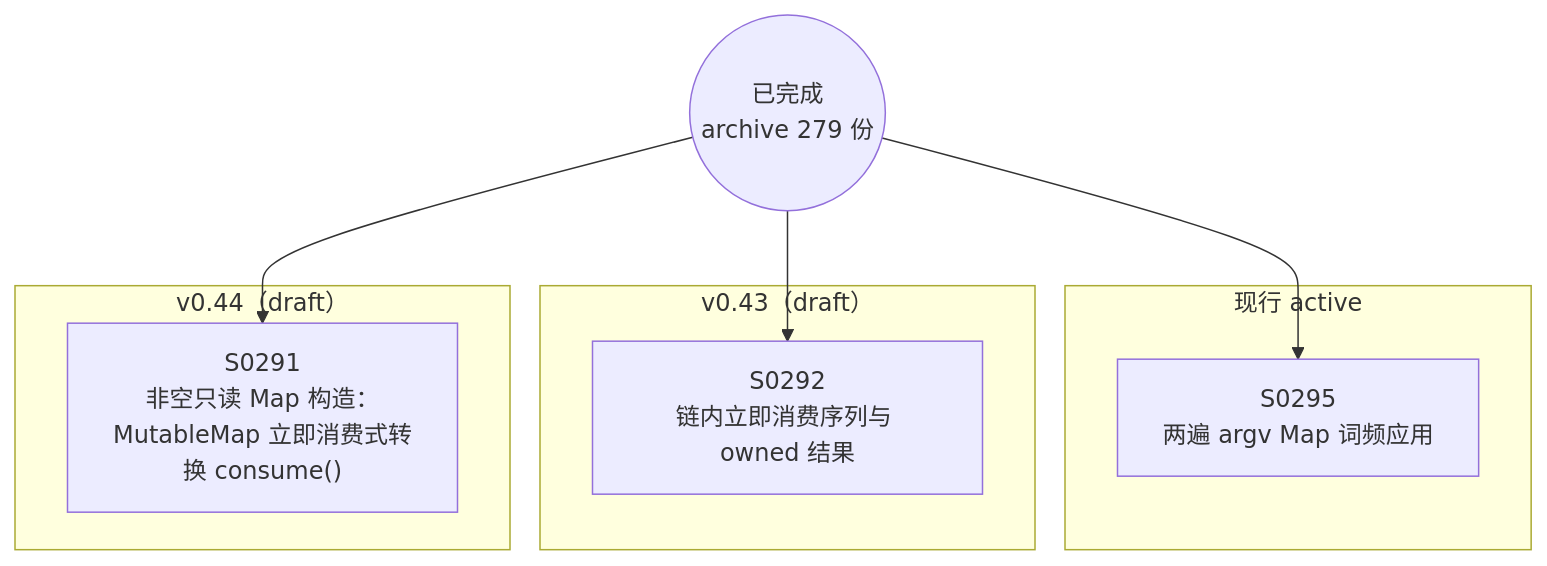
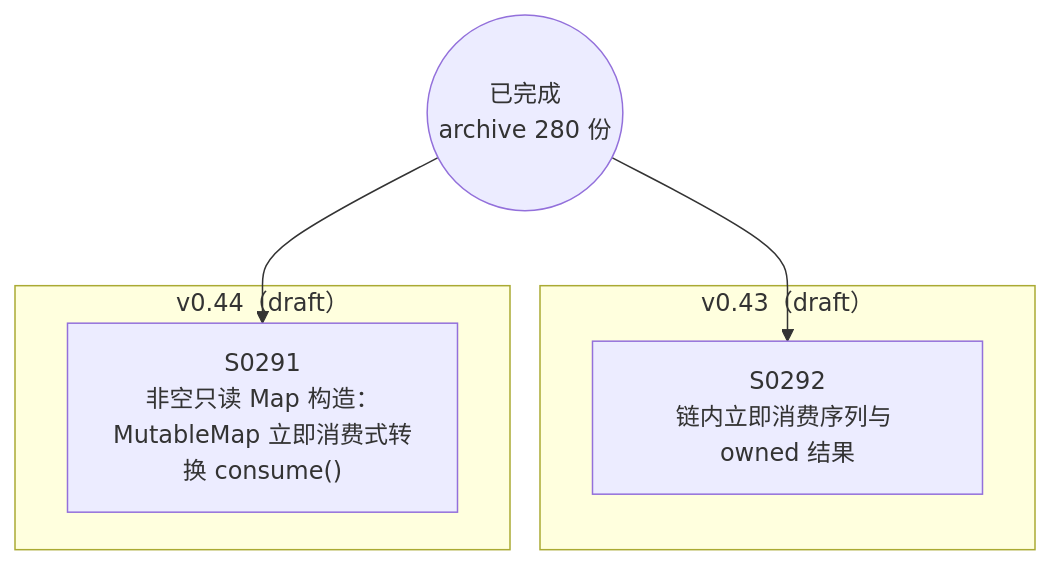
Before and after one commit to Halckon/Koven: the diagram in docs/specs/dependency-graph.md, drawn with Mermaid. The commit also changed other lines of this file and 21 other files, not shown here.

Commit message:
docs(SPEC-0295): archive dual-host Map word-frequency acceptance

````diff
--- a/docs/specs/dependency-graph.md
+++ b/docs/specs/dependency-graph.md
@@ -9,16 +9,12 @@
 ```mermaid
 flowchart TD
-ARCH(("已完成<br/>archive 279 份"))
-subgraph Gactive["现行 active"]
-  S0295["S0295<br/>两遍 argv Map 词频应用"]
-end
+ARCH(("已完成<br/>archive 280 份"))
 subgraph Gdrafts_v043["v0.43（draft）"]
   S0292["S0292<br/>链内立即消费序列与 owned 结果"]
 end
 subgraph Gdrafts_v044["v0.44（draft）"]
   S0291["S0291<br/>非空只读 Map 构造：MutableMap 立即消费式转换 consume()"]
 end
 ARCH --> S0291
 ARCH --> S0292
-ARCH --> S0295
 ```
````
